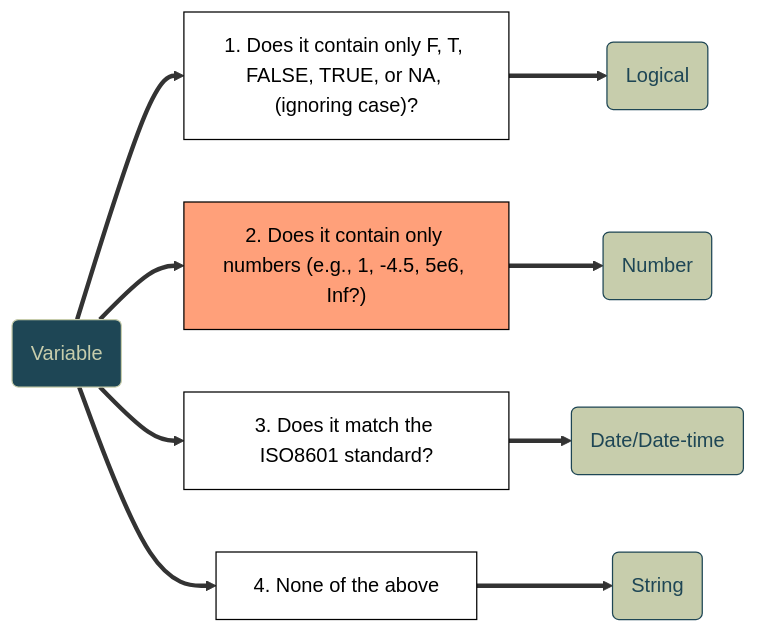
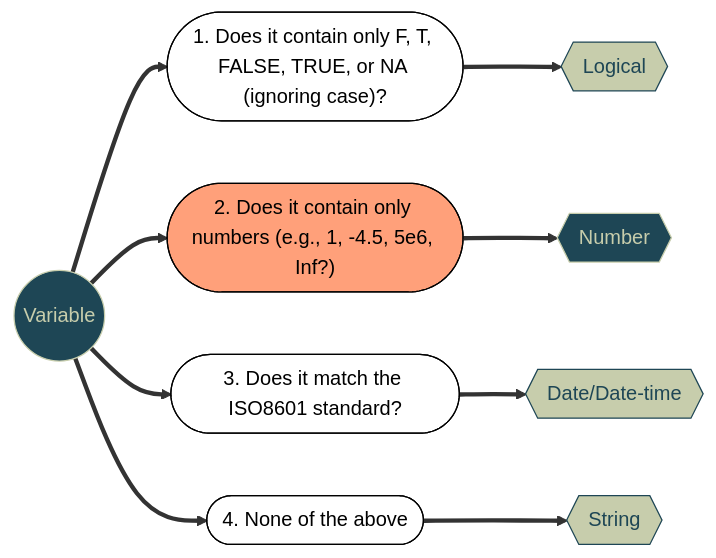
One commit to vsass/CSSS508 changed the third of 5 diagrams in Lectures/Lecture4/CSSS508_Lecture4.qmd. Above: the diagram before and after it, drawn with Mermaid. The commit also changed other lines of this file and 21 other files, not shown here.

````diff
--- a/Lectures/Lecture4/CSSS508_Lecture4.qmd
+++ b/Lectures/Lecture4/CSSS508_Lecture4.qmd
@@ -406,21 +408,21 @@
 ```{mermaid}
 %%| echo: false
 %%| fig-width: 11
 %%| fig-height: 5.5
 %%| fig-align: center
 flowchart LR
-    id1(Variable)==>A["1. Does it contain only F, T, FALSE, TRUE, or NA, (ignoring case)?"]==>id2(Logical)
-    id1(Variable)==>B["2. Does it contain only numbers (e.g., 1, -4.5, 5e6, Inf?)"]==>id3(Number)
-    id1(Variable)==>C["3. Does it match the ISO8601 standard?"]==>id4(Date/Date-time)
-    id1(Variable)==>D["4. None of the above"]==>id5(String)
+    id1((Variable))==>A(["1. Does it contain only F, T, FALSE, TRUE, or NA (ignoring case)?"])==>id2{{Logical}}
+    id1((Variable))==>B(["2. Does it contain only numbers (e.g., 1, -4.5, 5e6, Inf?)"])==>id3{{Number}}
+    id1((Variable))==>C(["3. Does it match the ISO8601 standard?"])==>id4{{Date/Date-time}}
+    id1((Variable))==>D(["4. None of the above"])==>id5{{String}}
     style id1 fill:#1e4655,color:#c7cdac,stroke:#c7cdac
     style id2 fill:#c7cdac,color:#1e4655,stroke:#1e4655
-    style id3 fill:#c7cdac,color:#1e4655,stroke:#1e4655
+    style id3 fill:#1e4655,color:#c7cdac,stroke:#c7cdac
     style id4 fill:#c7cdac,color:#1e4655,stroke:#1e4655
     style id5 fill:#c7cdac,color:#1e4655,stroke:#1e4655
     style A fill:#FFFFFF,color:#000000,stroke:#000000
     style B fill:#ffa07a,color:#000000,stroke:#000000
     style C fill:#FFFFFF,color:#000000,stroke:#000000
     style D fill:#FFFFFF,color:#000000,stroke:#000000
 
 ```
````
